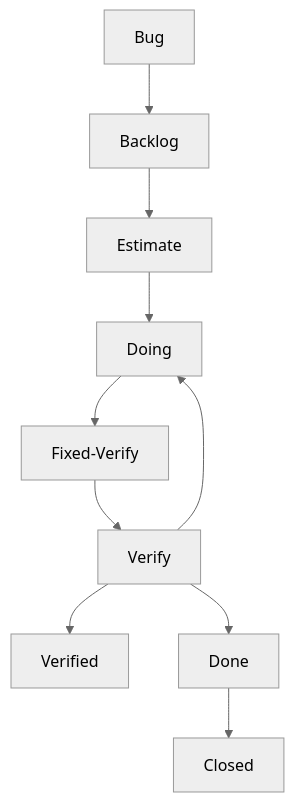
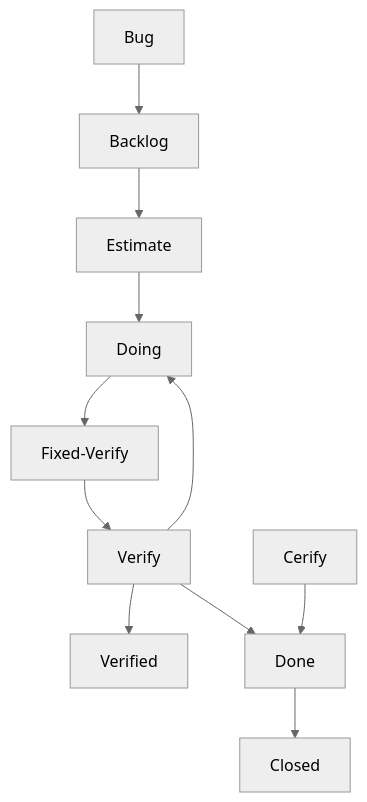
The second of 2 diagrams in .gitlab/labels-and-definitions.md (Betaoptics/ttos0100---2019-implementation), drawn with Mermaid (neutral theme) before and after one commit.

````diff
--- a/.gitlab/labels-and-definitions.md
+++ b/.gitlab/labels-and-definitions.md
@@ -76,12 +76,13 @@
 ```mermaid
 graph TD;
     Bug-->Backlog;
     Backlog-->Estimate;
     Estimate-->Doing;
     Doing-->Fixed-Verify;
     Verify-->Verified;
     Fixed-Verify-->Verify;
     Verify-->Doing;
     Verify-->Done;
+    Cerify-->Done;
     Done-->Closed;
 ```
````
